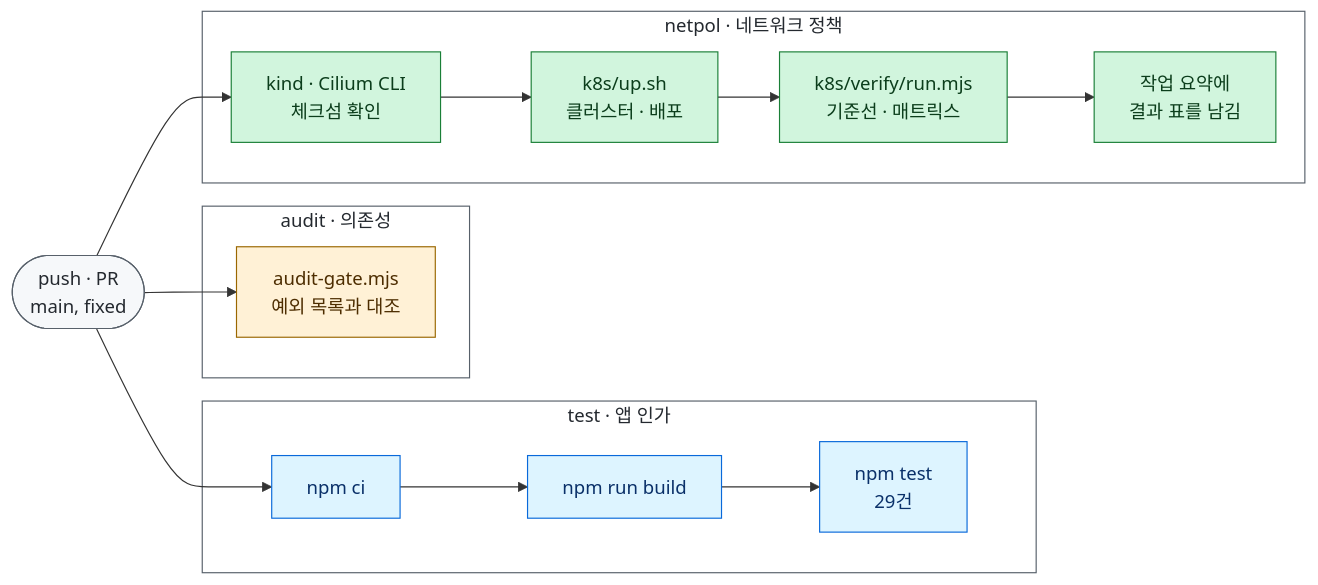
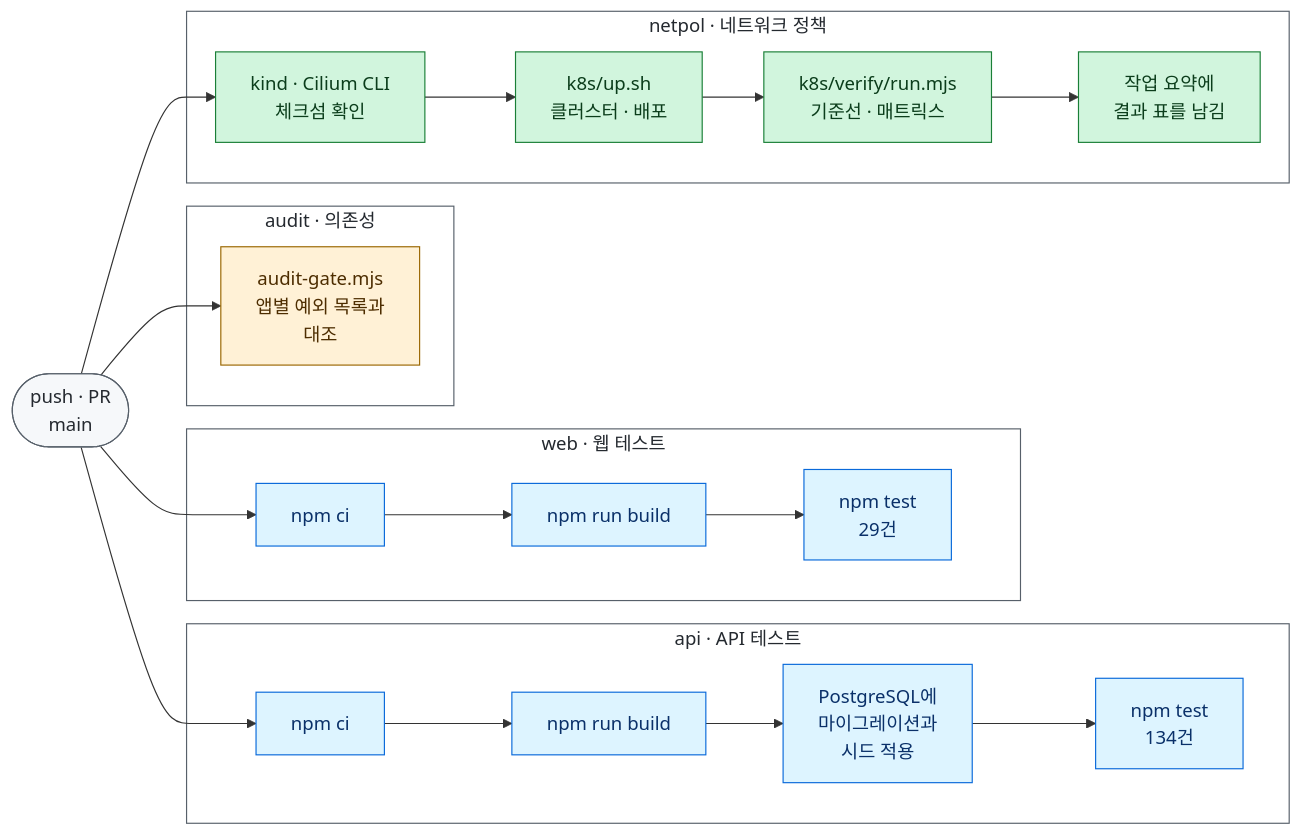
One commit to loquemedalagana/secure-enroll-demo changed the diagram in docs/ci-hardening.md. Above: the diagram before and after it, drawn with Mermaid. The commit also changed other lines of this file, not shown here.

Commit message:
docs: ci-hardening.md 1절의 그림과 트리거를 main의 ci.yml에 맞춤
그림에 api 잡을 추가하고 test 잡의 이름을 web으로 고쳤다. ci.yml의 잡은 web, api, audit, netpol 넷이다.
트리거는 main의 push와 pull request로 고쳤다. fixed 브랜치의 CI는 그 브랜치의 워크플로 파일로 실행된다.
표의 api 줄은 최근 CI 실행의 건수(134건)로 고쳤다.

````diff
--- a/docs/ci-hardening.md
+++ b/docs/ci-hardening.md
@@ -14,30 +14,35 @@
 ```mermaid
 flowchart LR
-  trig(["push · PR<br/>main, fixed"])
+  trig(["push · PR<br/>main"])
 
-  subgraph test["test · 앱 인가"]
+  subgraph web["web · 웹 테스트"]
     t1["npm ci"] --> t2["npm run build"] --> t3["npm test<br/>29건"]
   end
+  subgraph api["api · API 테스트"]
+    p1["npm ci"] --> p2["npm run build"] --> p3["PostgreSQL에<br/>마이그레이션과<br/>시드 적용"] --> p4["npm test<br/>134건"]
+  end
   subgraph audit["audit · 의존성"]
-    a1["audit-gate.mjs<br/>예외 목록과 대조"]
+    a1["audit-gate.mjs<br/>앱별 예외 목록과<br/>대조"]
   end
   subgraph netpol["netpol · 네트워크 정책"]
     n1["kind · Cilium CLI<br/>체크섬 확인"] --> n2["k8s/up.sh<br/>클러스터 · 배포"] --> n3["k8s/verify/run.mjs<br/>기준선 · 매트릭스"] --> n4["작업 요약에<br/>결과 표를 남김"]
   end
 
   trig --> t1
+  trig --> p1
   trig --> a1
   trig --> n1
 
   classDef app fill:#ddf4ff,stroke:#0969da,color:#0a3069
   classDef supply fill:#fff1d6,stroke:#9a6700,color:#4d2d00
   classDef net fill:#d1f5dd,stroke:#1a7f37,color:#0b3d1b
   classDef neutral fill:#f6f8fa,stroke:#57606a,color:#24292f
-  class t1,t2,t3 app
+  class t1,t2,t3,p1,p2,p3,p4 app
   class a1 supply
   class n1,n2,n3,n4 net
   class trig neutral
-  style test fill:#ffffff,stroke:#57606a,color:#24292f
+  style web fill:#ffffff,stroke:#57606a,color:#24292f
+  style api fill:#ffffff,stroke:#57606a,color:#24292f
   style audit fill:#ffffff,stroke:#57606a,color:#24292f
   style netpol fill:#ffffff,stroke:#57606a,color:#24292f
 ```
````
